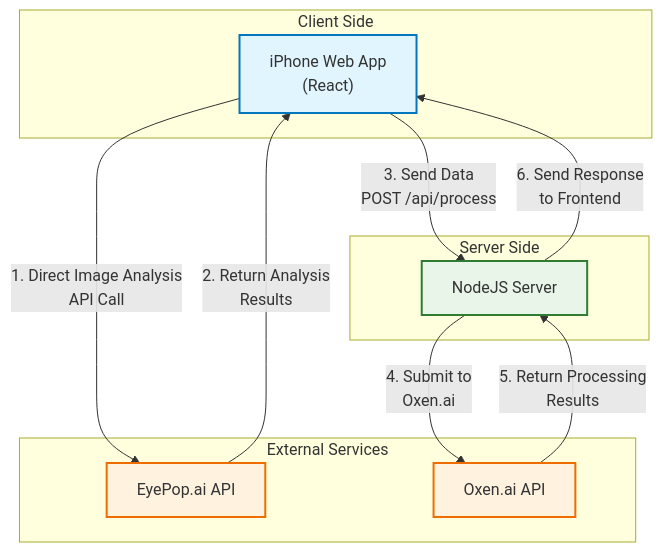
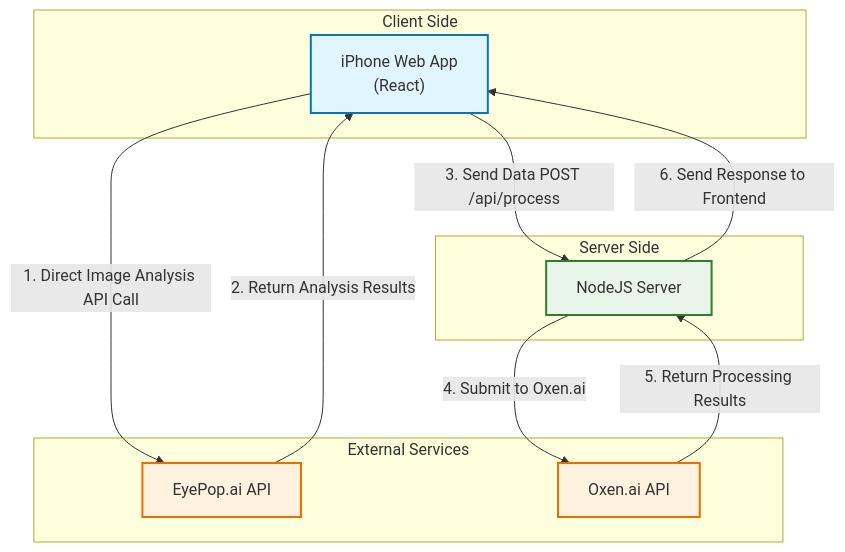
One commit to MaximeBoulat/hackfrontier_project changed the diagram in Documentation/Architecture/Architecture/Resources/SystemFlow.md. Above: the diagram before and after it, drawn with Mermaid.

````diff
--- a/Documentation/Architecture/Architecture/Resources/SystemFlow.md
+++ b/Documentation/Architecture/Architecture/Resources/SystemFlow.md
@@ -2,38 +2,38 @@
 ```mermaid
 
 flowchart TD
 
     iPhone["iPhone Web App<br/>(React)"]
     NodeJS["NodeJS Server"]
     Eyepop["EyePop.ai API"]
     Oxen["Oxen.ai API"]
 
     subgraph Client["Client Side"]
         iPhone
     end
 
     subgraph Server["Server Side"]
         NodeJS
     end
 
     subgraph ExternalServices["External Services"]
         Eyepop
         Oxen
     end
 
-    iPhone --> |"1. Direct Image Analysis<br/>API Call"| Eyepop
-    Eyepop --> |"2. Return Analysis<br/>Results"| iPhone
-    iPhone --> |"3. Send Data<br/>POST /api/process"| NodeJS
-    NodeJS --> |"4. Submit to<br/>Oxen.ai"| Oxen
-    Oxen --> |"5. Return Processing<br/>Results"| NodeJS
-    NodeJS --> |"6. Send Response<br/>to Frontend"| iPhone
+    iPhone --> |"1. Direct Image Analysis API Call"| Eyepop
+    Eyepop --> |"2. Return Analysis Results"| iPhone
+    iPhone --> |"3. Send Data POST /api/process"| NodeJS
+    NodeJS --> |"4. Submit to Oxen.ai"| Oxen
+    Oxen --> |"5. Return Processing Results"| NodeJS
+    NodeJS --> |"6. Send Response to Frontend"| iPhone
 
     classDef clientBox fill:#e1f5fe,stroke:#0277bd,stroke-width:2px
     classDef serverBox fill:#e8f5e8,stroke:#2e7d32,stroke-width:2px
     classDef externalBox fill:#fff3e0,stroke:#ef6c00,stroke-width:2px
 
     class iPhone clientBox
     class NodeJS serverBox
     class Eyepop,Oxen externalBox
     
 ``` 
````
